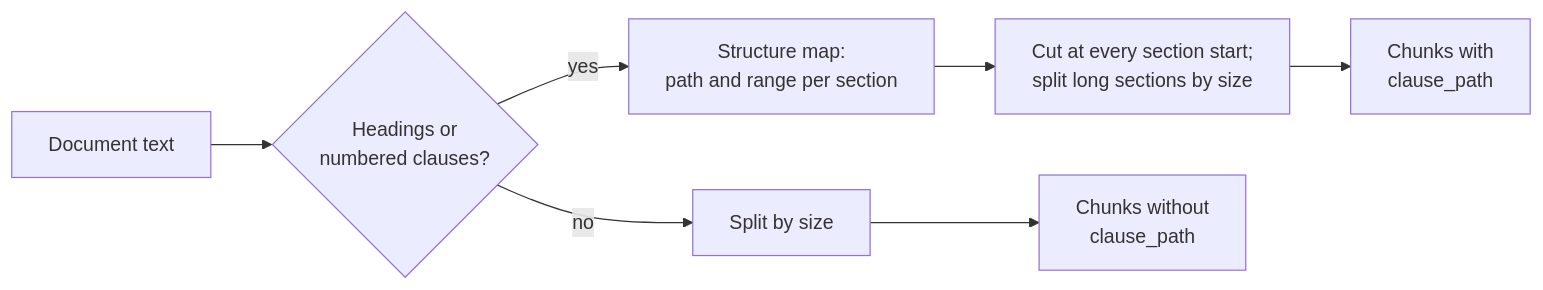
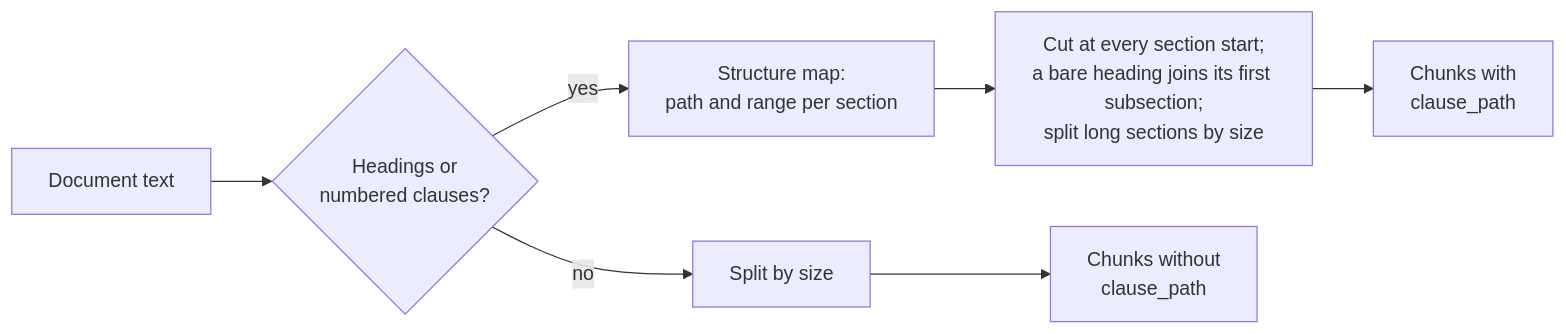
The fifth of 14 diagrams in README.md (boudou/StrataKB), drawn with Mermaid before and after one commit. The commit also changed other lines of this file and 36 other files, not shown here.

````diff
--- a/README.md
+++ b/README.md
@@ -155,6 +155,6 @@
 ```mermaid
 flowchart LR
     t["Document text"] --> d{"Headings or<br/>numbered clauses?"}
-    d -->|"yes"| m["Structure map:<br/>path and range per section"] --> s["Cut at every section start;<br/>split long sections by size"] --> c["Chunks with<br/>clause_path"]
+    d -->|"yes"| m["Structure map:<br/>path and range per section"] --> s["Cut at every section start;<br/>a bare heading joins its first subsection;<br/>split long sections by size"] --> c["Chunks with<br/>clause_path"]
     d -->|"no"| z["Split by size"] --> c2["Chunks without<br/>clause_path"]
 ```
````
